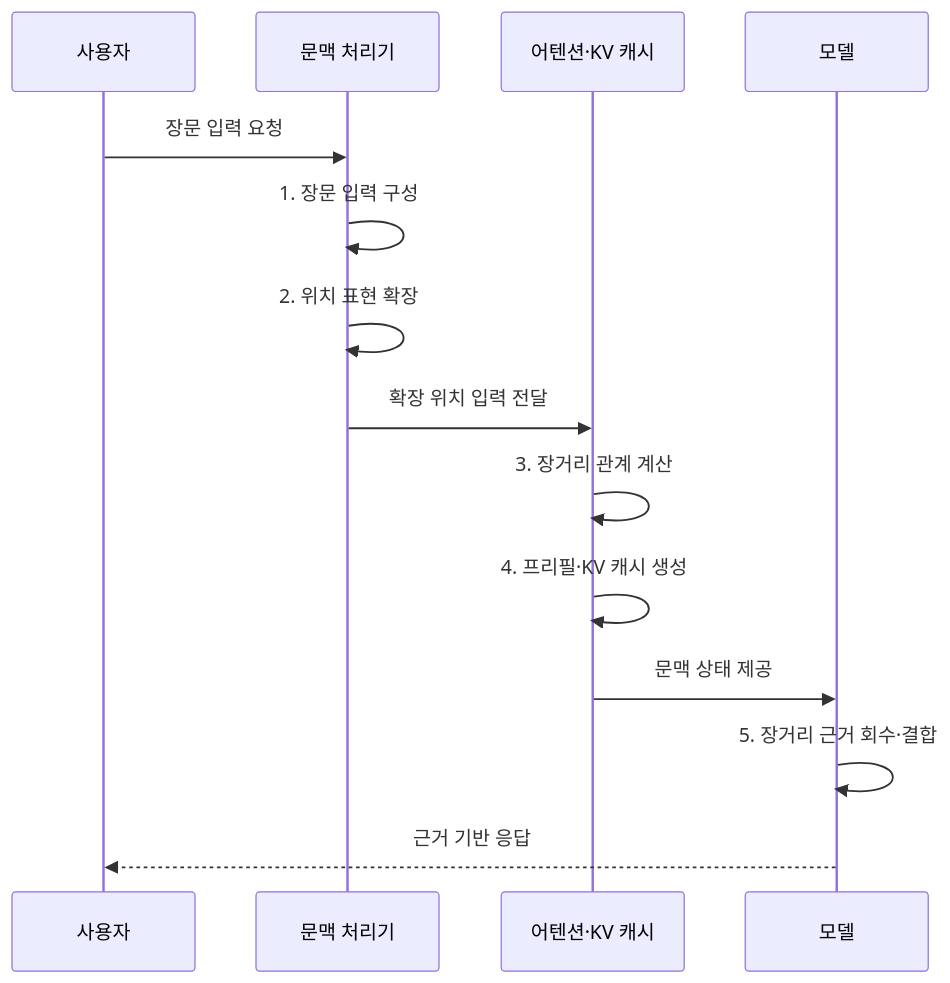
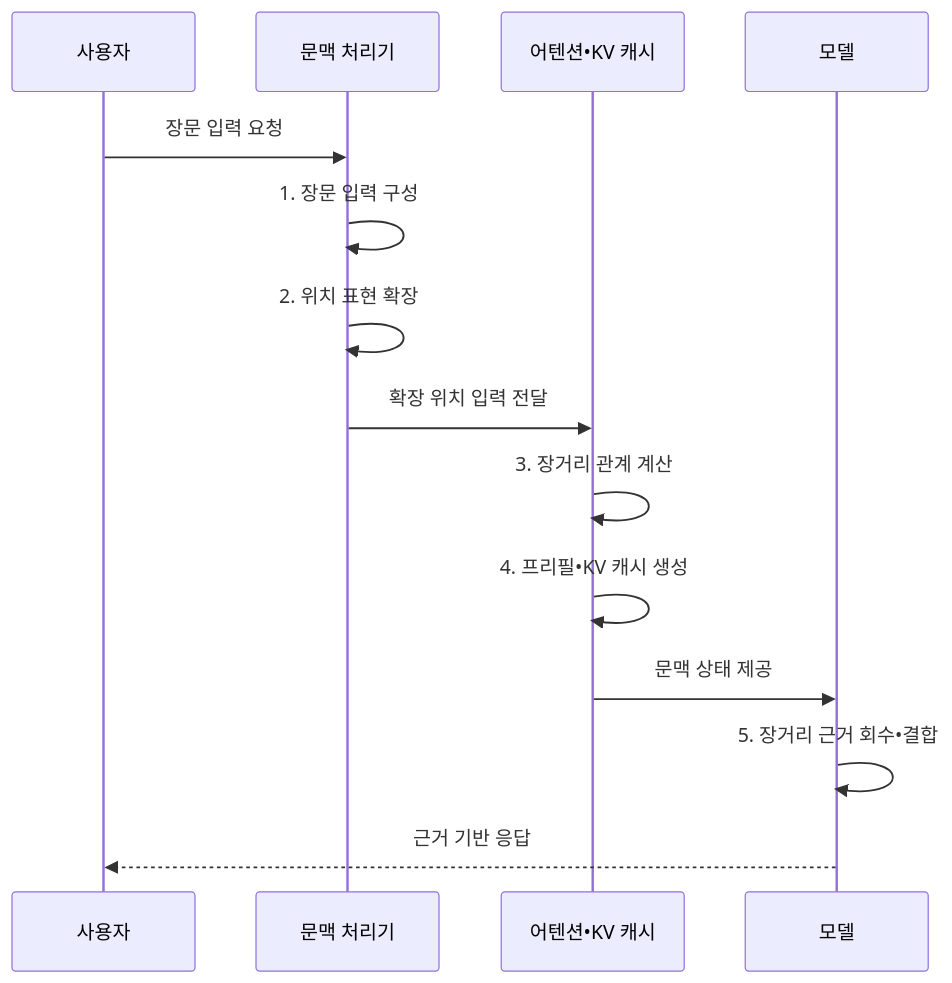
Before and after one commit to agnusdei1207/knowledge-base: the second of 2 diagrams in src/content/docs/notes/08-latest-tech/034_long_context_llm.md, drawn with Mermaid. The commit also changed other lines of this file and 953 other files, not shown here.

````diff
--- a/src/content/docs/notes/08-latest-tech/034_long_context_llm.md
+++ b/src/content/docs/notes/08-latest-tech/034_long_context_llm.md
@@ -108,16 +108,16 @@
 ```mermaid
 sequenceDiagram
     participant U as 사용자
     participant P as 문맥 처리기
-    participant A as 어텐션·KV 캐시
+    participant A as 어텐션•KV 캐시
     participant M as 모델
     U->>P: 장문 입력 요청
     P->>P: 1. 장문 입력 구성
     P->>P: 2. 위치 표현 확장
     P->>A: 확장 위치 입력 전달
     A->>A: 3. 장거리 관계 계산
-    A->>A: 4. 프리필·KV 캐시 생성
+    A->>A: 4. 프리필•KV 캐시 생성
     A->>M: 문맥 상태 제공
-    M->>M: 5. 장거리 근거 회수·결합
+    M->>M: 5. 장거리 근거 회수•결합
     M-->>U: 근거 기반 응답
 ```
````
